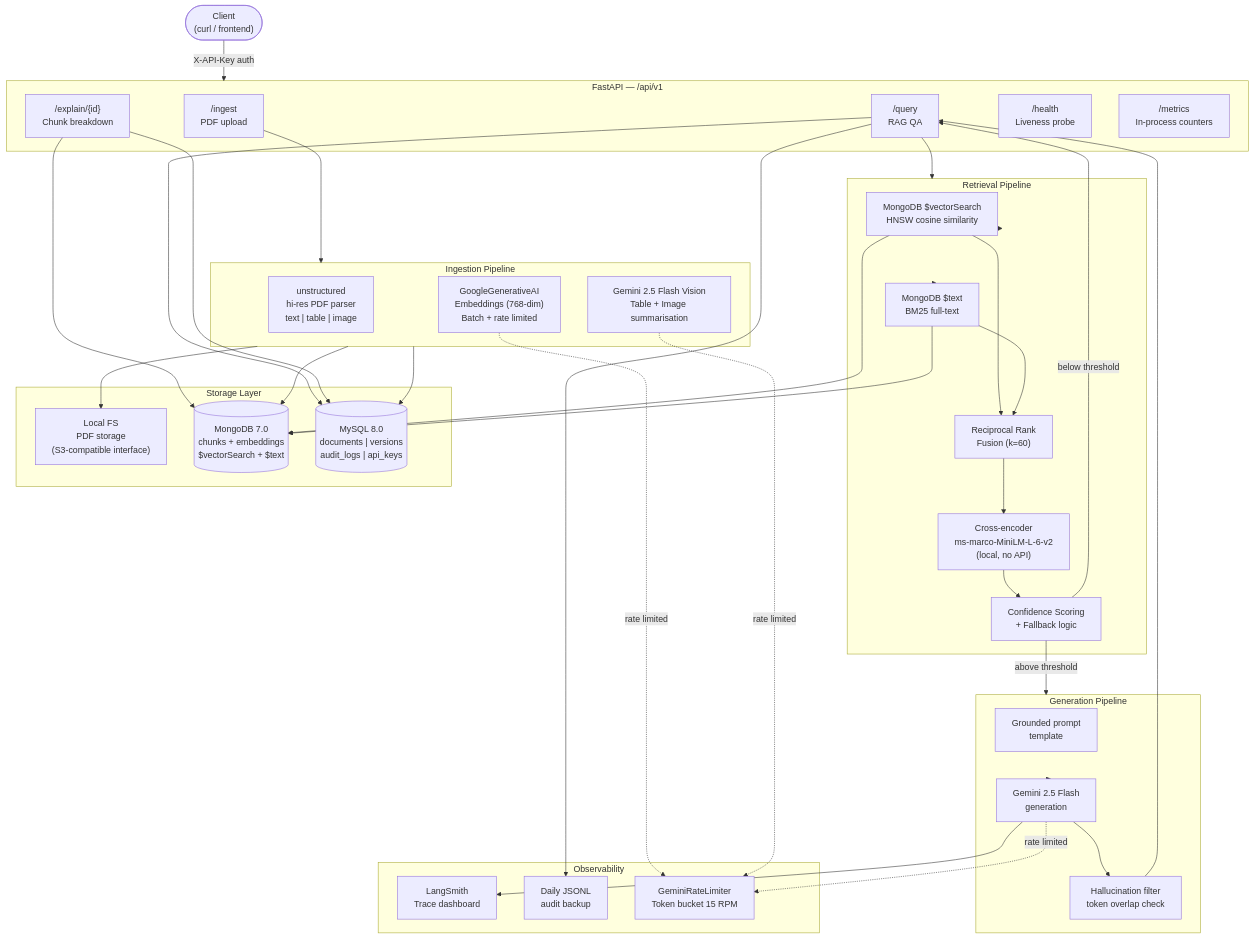
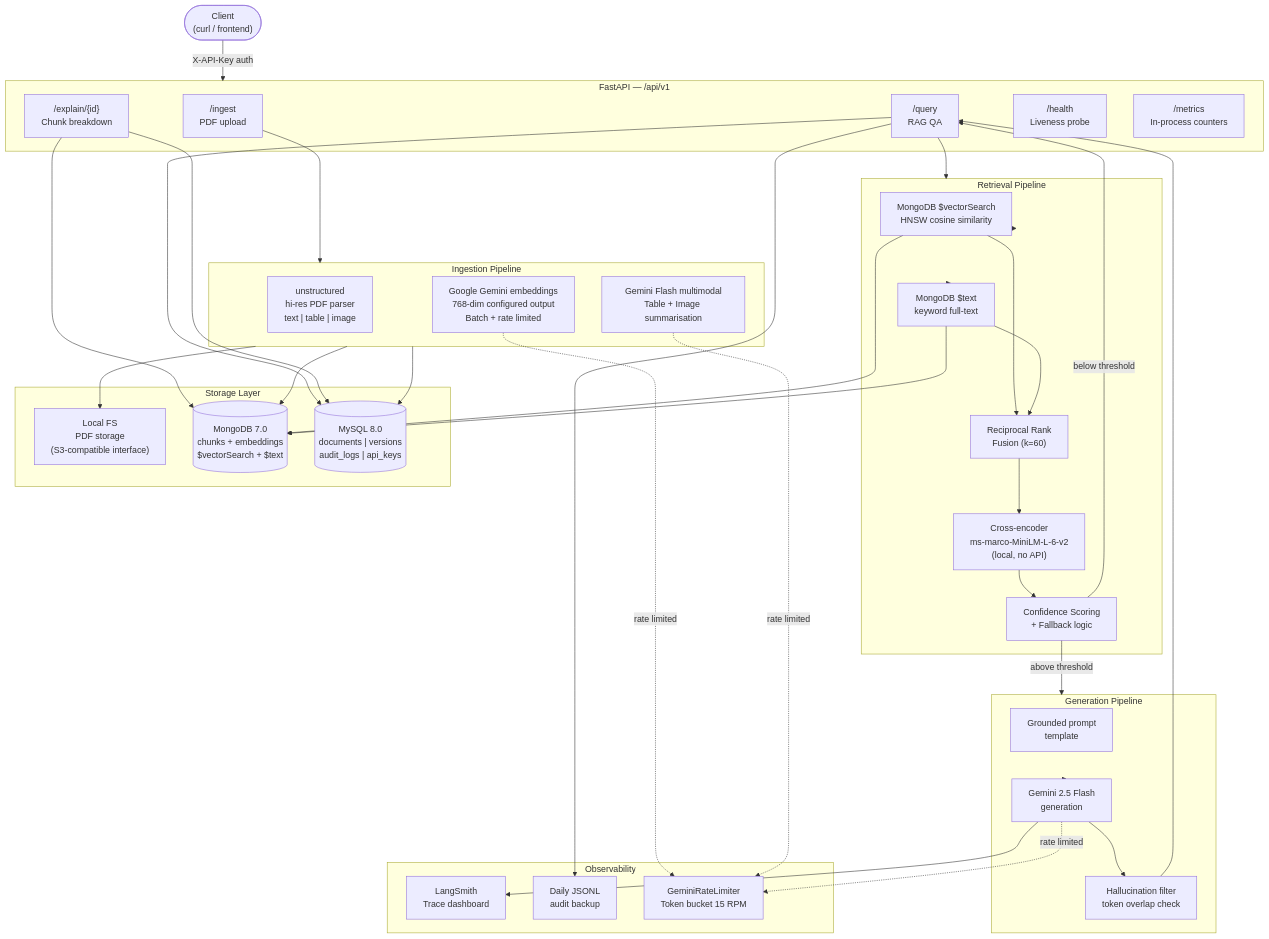
Before and after one commit to SHASMAN3/insightdocketv2: the diagram in README.md, drawn with Mermaid. The commit also changed other lines of this file, not shown here.

````diff
--- a/README.md
+++ b/README.md
@@ -21,75 +21,75 @@
 ```mermaid
 flowchart TD
     Client(["Client\n(curl / frontend)"])
 
     subgraph API["FastAPI — /api/v1"]
         INGEST["/ingest\nPDF upload"]
         QUERY["/query\nRAG QA"]
         EXPLAIN["/explain/{id}\nChunk breakdown"]
         HEALTH["/health\nLiveness probe"]
         METRICS["/metrics\nIn-process counters"]
     end
 
     subgraph Ingestion["Ingestion Pipeline"]
         PARSER["unstructured\nhi-res PDF parser\ntext | table | image"]
-        SUMMARISER["Gemini 2.5 Flash Vision\nTable + Image summarisation"]
-        EMBEDDER["GoogleGenerativeAI\nEmbeddings (768-dim)\nBatch + rate limited"]
+        SUMMARISER["Gemini Flash multimodal\nTable + Image summarisation"]
+        EMBEDDER["Google Gemini embeddings\n768-dim configured output\nBatch + rate limited"]
     end
 
     subgraph Retrieval["Retrieval Pipeline"]
         VSEARCH["MongoDB $vectorSearch\nHNSW cosine similarity"]
-        TSEARCH["MongoDB $text\nBM25 full-text"]
+        TSEARCH["MongoDB $text\nkeyword full-text"]
         RRF["Reciprocal Rank\nFusion (k=60)"]
         RERANK["Cross-encoder\nms-marco-MiniLM-L-6-v2\n(local, no API)"]
         CONF["Confidence Scoring\n+ Fallback logic"]
     end
 
     subgraph Generation["Generation Pipeline"]
         PROMPT["Grounded prompt\ntemplate"]
         GEMINI["Gemini 2.5 Flash\ngeneration"]
         HALLUC["Hallucination filter\ntoken overlap check"]
     end
 
     subgraph Storage["Storage Layer"]
         LOCALFS["Local FS\nPDF storage\n(S3-compatible interface)"]
         MONGO[("MongoDB 7.0\nchunks + embeddings\n$vectorSearch + $text")]
         MYSQL[("MySQL 8.0\ndocuments | versions\naudit_logs | api_keys")]
     end
 
     subgraph Observability
         LANGSMITH["LangSmith\nTrace dashboard"]
         JSONL["Daily JSONL\naudit backup"]
         RATELIM["GeminiRateLimiter\nToken bucket 15 RPM"]
     end
 
     Client -->|"X-API-Key auth"| API
     INGEST --> Ingestion
     Ingestion --> LOCALFS
     Ingestion --> MONGO
     Ingestion --> MYSQL
 
     QUERY --> Retrieval
     Retrieval --> VSEARCH
     Retrieval --> TSEARCH
     VSEARCH --> RRF
     TSEARCH --> RRF
     RRF --> RERANK
     RERANK --> CONF
     CONF -->|"above threshold"| Generation
     CONF -->|"below threshold"| QUERY
     Generation --> GEMINI
     GEMINI --> HALLUC
     HALLUC --> QUERY
 
     VSEARCH --> MONGO
     TSEARCH --> MONGO
     QUERY --> MYSQL
     EXPLAIN --> MYSQL
     EXPLAIN --> MONGO
 
     GEMINI --> LANGSMITH
     QUERY --> JSONL
     GEMINI -.->|"rate limited"| RATELIM
     EMBEDDER -.->|"rate limited"| RATELIM
     SUMMARISER -.->|"rate limited"| RATELIM
 ```
````
